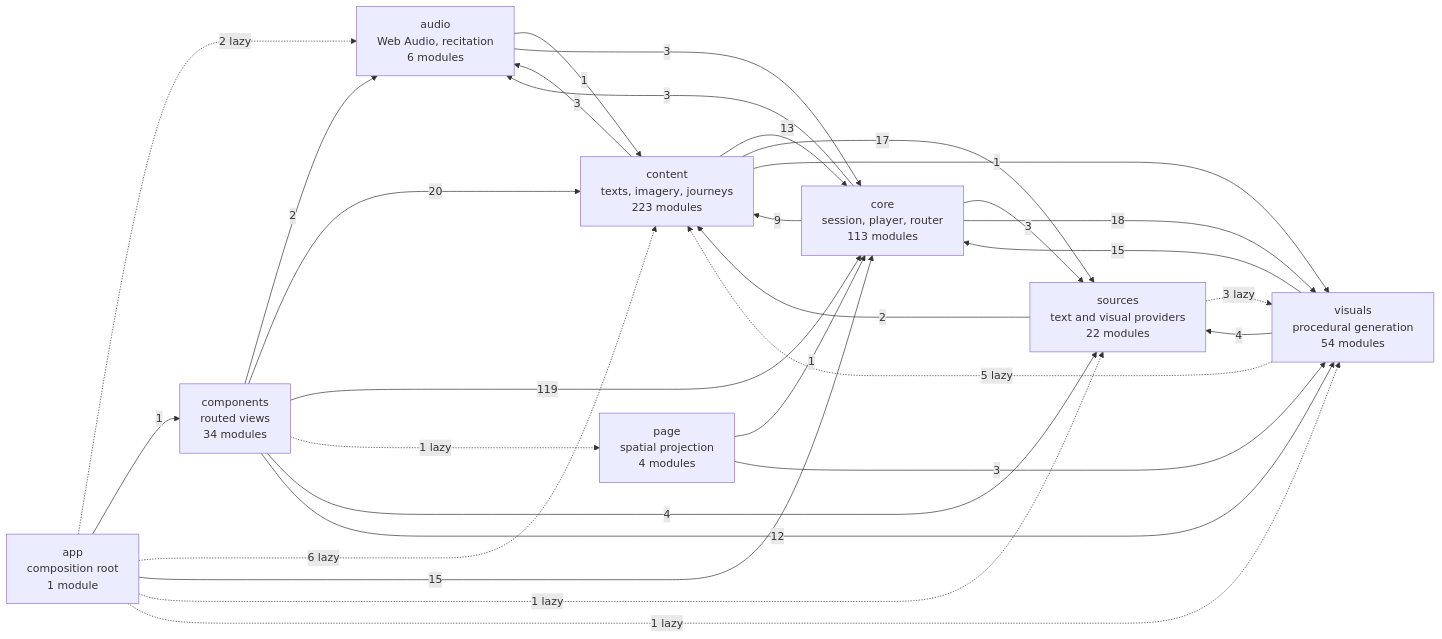
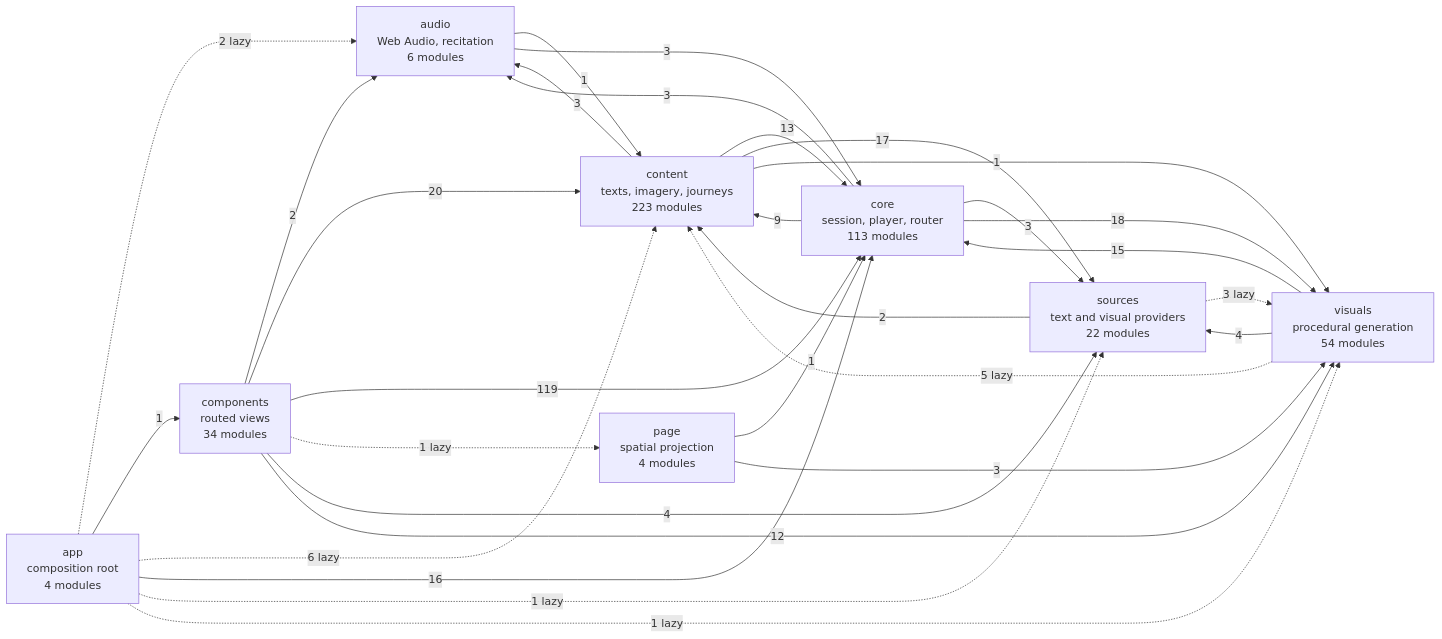
Before and after one commit to SyberLabs/RISE: the diagram in docs/specs/ARCHITECTURE.md, drawn with Mermaid. The commit also changed other lines of this file and 73 other files, not shown here.

````diff
--- a/docs/specs/ARCHITECTURE.md
+++ b/docs/specs/ARCHITECTURE.md
@@ -149,41 +149,41 @@
 ```mermaid
 flowchart LR
-    app["app<br/>composition root<br/>1 module"]
+    app["app<br/>composition root<br/>4 modules"]
     audio["audio<br/>Web Audio, recitation<br/>6 modules"]
     components["components<br/>routed views<br/>34 modules"]
     content["content<br/>texts, imagery, journeys<br/>223 modules"]
     core["core<br/>session, player, router<br/>113 modules"]
     page["page<br/>spatial projection<br/>4 modules"]
     sources["sources<br/>text and visual providers<br/>22 modules"]
     visuals["visuals<br/>procedural generation<br/>54 modules"]
 
     app -.-> |2 lazy| audio
     app --> |1| components
     app -.-> |6 lazy| content
-    app --> |15| core
+    app --> |16| core
     app -.-> |1 lazy| sources
     app -.-> |1 lazy| visuals
     audio --> |1| content
     audio --> |3| core
     components --> |2| audio
     components --> |20| content
     components --> |119| core
     components -.-> |1 lazy| page
     components --> |4| sources
     components --> |12| visuals
     content --> |3| audio
     content --> |13| core
     content --> |17| sources
     content --> |1| visuals
     core --> |3| audio
     core --> |9| content
     core --> |3| sources
     core --> |18| visuals
     page --> |1| core
     page --> |3| visuals
     sources --> |2| content
     sources -.-> |3 lazy| visuals
     visuals -.-> |5 lazy| content
     visuals --> |15| core
     visuals --> |4| sources
 ```
````
